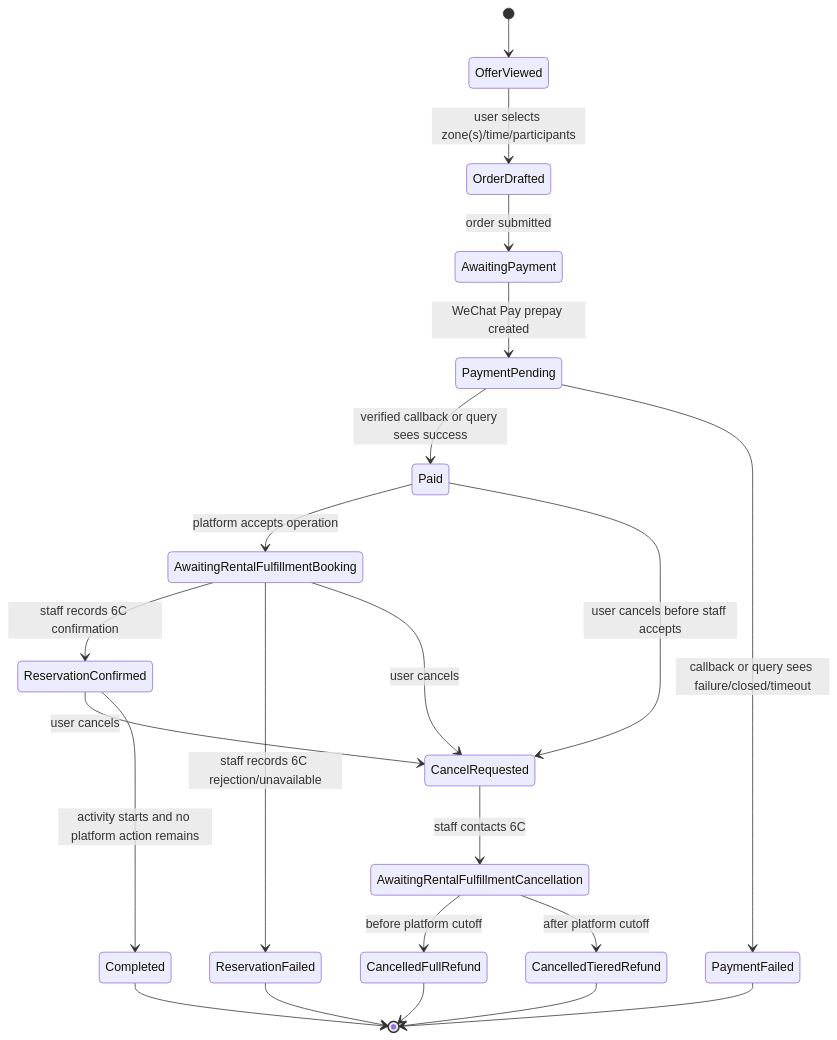
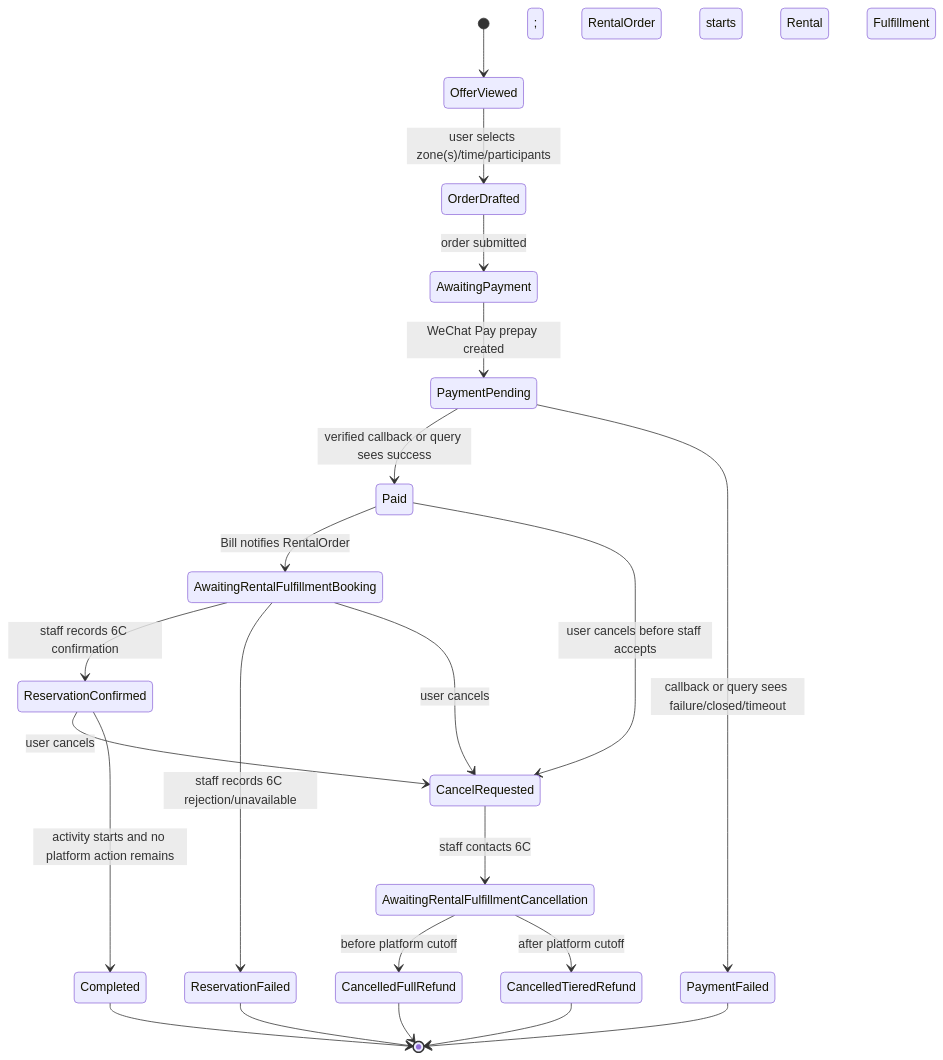
One commit to partner-up-dev/app changed the first of 2 diagrams in tasks/issue-231-ecommerce-mvp/60-6c-time-slot-reservation.md. Above: the diagram before and after it, drawn with Mermaid. The commit also changed other lines of this file and 52 other files, not shown here.

Commit message:
feat(commerce): add bill-line payment flow

````diff
--- a/tasks/issue-231-ecommerce-mvp/60-6c-time-slot-reservation.md
+++ b/tasks/issue-231-ecommerce-mvp/60-6c-time-slot-reservation.md
@@ -94,24 +94,24 @@
 ```mermaid
 stateDiagram-v2
   [*] --> OfferViewed
   OfferViewed --> OrderDrafted: user selects zone(s)/time/participants
   OrderDrafted --> AwaitingPayment: order submitted
   AwaitingPayment --> PaymentPending: WeChat Pay prepay created
   PaymentPending --> Paid: verified callback or query sees success
   PaymentPending --> PaymentFailed: callback or query sees failure/closed/timeout
-  Paid --> AwaitingRentalFulfillmentBooking: platform accepts operation
+  Paid --> AwaitingRentalFulfillmentBooking: Bill notifies RentalOrder; RentalOrder starts Rental Fulfillment
   AwaitingRentalFulfillmentBooking --> ReservationConfirmed: staff records 6C confirmation
   AwaitingRentalFulfillmentBooking --> ReservationFailed: staff records 6C rejection/unavailable
   Paid --> CancelRequested: user cancels before staff accepts
   AwaitingRentalFulfillmentBooking --> CancelRequested: user cancels
   ReservationConfirmed --> CancelRequested: user cancels
   CancelRequested --> AwaitingRentalFulfillmentCancellation: staff contacts 6C
   AwaitingRentalFulfillmentCancellation --> CancelledFullRefund: before platform cutoff
   AwaitingRentalFulfillmentCancellation --> CancelledTieredRefund: after platform cutoff
   ReservationConfirmed --> Completed: activity starts and no platform action remains
   Completed --> [*]
   PaymentFailed --> [*]
   ReservationFailed --> [*]
   CancelledFullRefund --> [*]
   CancelledTieredRefund --> [*]
 ```
````
